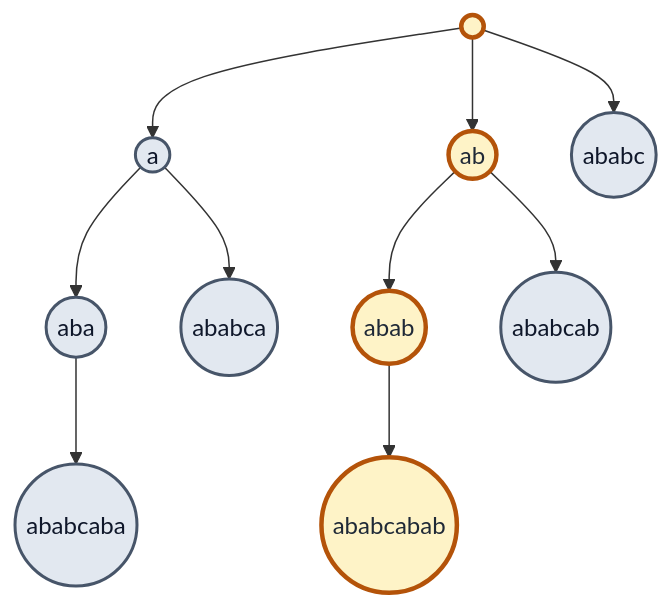
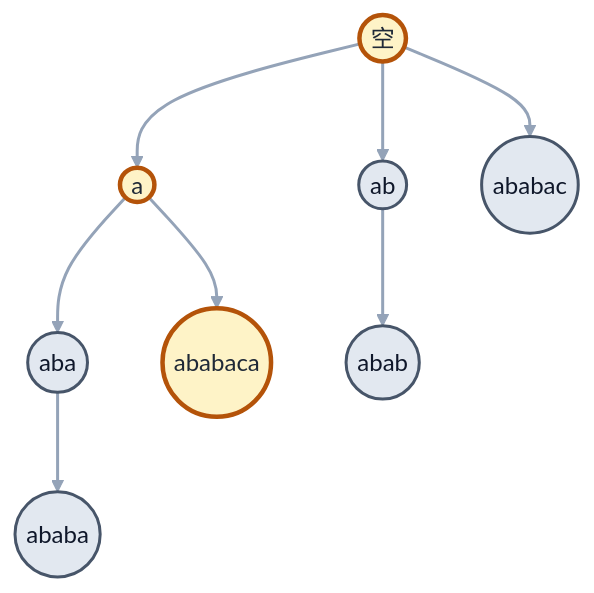
The diagram in book/pages/string/kmp/index.md (rainboyOJ/rbook_nunjucks), drawn with Mermaid before and after one commit. The commit also changed other lines of this file and 2 other files, not shown here.

````diff
--- a/book/pages/string/kmp/index.md
+++ b/book/pages/string/kmp/index.md
@@ -539,16 +336,16 @@
 ```mermaid
 flowchart TD
-    0(( )) --> 1(("a"))
-    0(( )) --> 2(("ab"))
-    0(( )) --> 5(("ababc"))
-    1(("a")) --> 3(("aba"))
-    1(("a")) --> 6(("ababca"))
-    2(("ab")) --> 4(("abab"))
-    2(("ab")) --> 7(("ababcab"))
-    3(("aba")) --> 8(("ababcaba"))
-    4(("abab")) --> 9(("ababcabab"))
+    0(("空")) --> 1(("a"))
+    0 --> 2(("ab"))
+    1 --> 3(("aba"))
+    2 --> 4(("abab"))
+    3 --> 5(("ababa"))
+    0 --> 6(("ababac"))
+    1 --> 7(("ababaca"))
+
     classDef normal fill:#e2e8f0,stroke:#475569,stroke-width:2px,color:#0f172a;
     classDef chain fill:#fef3c7,stroke:#b45309,stroke-width:3px,color:#1f2937;
-    class 1,3,5,6,7,8 normal;
-    class 0,2,4,9 chain;
+    class 2,3,4,5,6 normal;
+    class 0,1,7 chain;
+    linkStyle default stroke:#94a3b8,stroke-width:2px;
 ```
````
